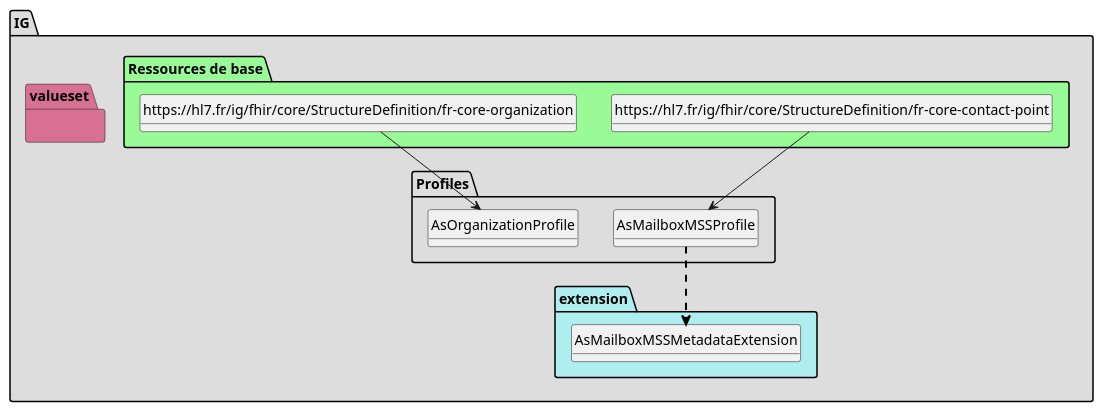
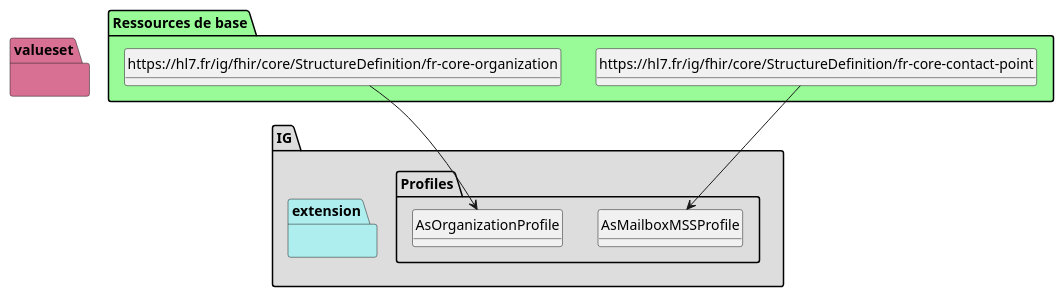
One commit to ansforge/IG_ans-ig-annuaire-dp changed the diagram in nr-test-bug-org/plantuml/graph.puml. Above: the diagram before and after it, drawn with PlantUML. The commit also changed 203 other files, not shown here.

```diff
--- a/nr-test-bug-org/plantuml/graph.puml
+++ b/nr-test-bug-org/plantuml/graph.puml
@@ -1,79 +1,45 @@
 @startuml
 set namespaceSeparator ?
 hide circle
 hide class fields
 
 package IG #DDDDDD{
 
      package Profiles #DDDDDD{
 
         class AsMailboxMSSProfile{
 
              ContactPoint => [None..None]
              ContactPoint.extension:emailType => <&plus>[None..None]
              ContactPoint.extension:emailType.value[x] => <&plus>[None..None]
-             ContactPoint.extension:as-mailbox-mss-metadata => <&plus>[0..1]
              ContactPoint.system => [None..None]
              ContactPoint.value => [None..None]
         } 
 
         class AsOrganizationProfile{
 
              Organization => [None..None]
              Organization.telecom => [None..None]
              Organization.telecom:mailbox-mss => [0..*]
          }
 
      }
      package extension #paleturquoise {
 
-     AsMailboxMSSProfile -[#black,dashed,thickness=2]-> AsMailboxMSSMetadataExtension
 
-        class AsMailboxMSSMetadataExtension{
-
-          Extension.extension:type => [0..1]
-          Extension.extension:type.extension => [None..0]
-          Extension.extension:type.url => [None..None]
-          Extension.extension:type.value[x] => [None..None]
-          Extension.extension:description => [0..1]
-          Extension.extension:description.extension => [None..0]
-          Extension.extension:description.url => [None..None]
-          Extension.extension:description.value[x] => [None..None]
-          Extension.extension:responsible => [0..1]
-          Extension.extension:responsible.extension => [None..0]
-          Extension.extension:responsible.url => [None..None]
-          Extension.extension:responsible.value[x] => [None..None]
-          Extension.extension:service => [0..1]
-          Extension.extension:service.extension => [None..0]
-          Extension.extension:service.url => [None..None]
-          Extension.extension:service.value[x] => [None..None]
-          Extension.extension:phone => [0..1]
-          Extension.extension:phone.extension => [None..0]
-          Extension.extension:phone.url => [None..None]
-          Extension.extension:phone.value[x] => [None..None]
-          Extension.extension:digitization => [0..1]
-          Extension.extension:digitization.extension => [None..0]
-          Extension.extension:digitization.url => [None..None]
-          Extension.extension:digitization.value[x] => [None..None]
-          Extension.extension:listeRouge => [0..1]
-          Extension.extension:listeRouge.extension => [None..0]
-          Extension.extension:listeRouge.url => [None..None]
-          Extension.extension:listeRouge.value[x] => [None..None]
-          Extension.url => [None..None]
-          Extension.value[x] => [None..0]
          }
      }
      package valueset #PaleVioletRed{
        }
 
 package "Ressources de base" #palegreen {
 
  class "https://hl7.fr/ig/fhir/core/StructureDefinition/fr-core-contact-point" as  classf60483b0623e1893e0fa6d23ce4ea871 
 
     classf60483b0623e1893e0fa6d23ce4ea871 --> AsMailboxMSSProfile
 
  class "https://hl7.fr/ig/fhir/core/StructureDefinition/fr-core-organization" as  class7273115ddeceb35c4c7044f07f832f67 
 
     class7273115ddeceb35c4c7044f07f832f67 --> AsOrganizationProfile
 }
 @enduml
```
